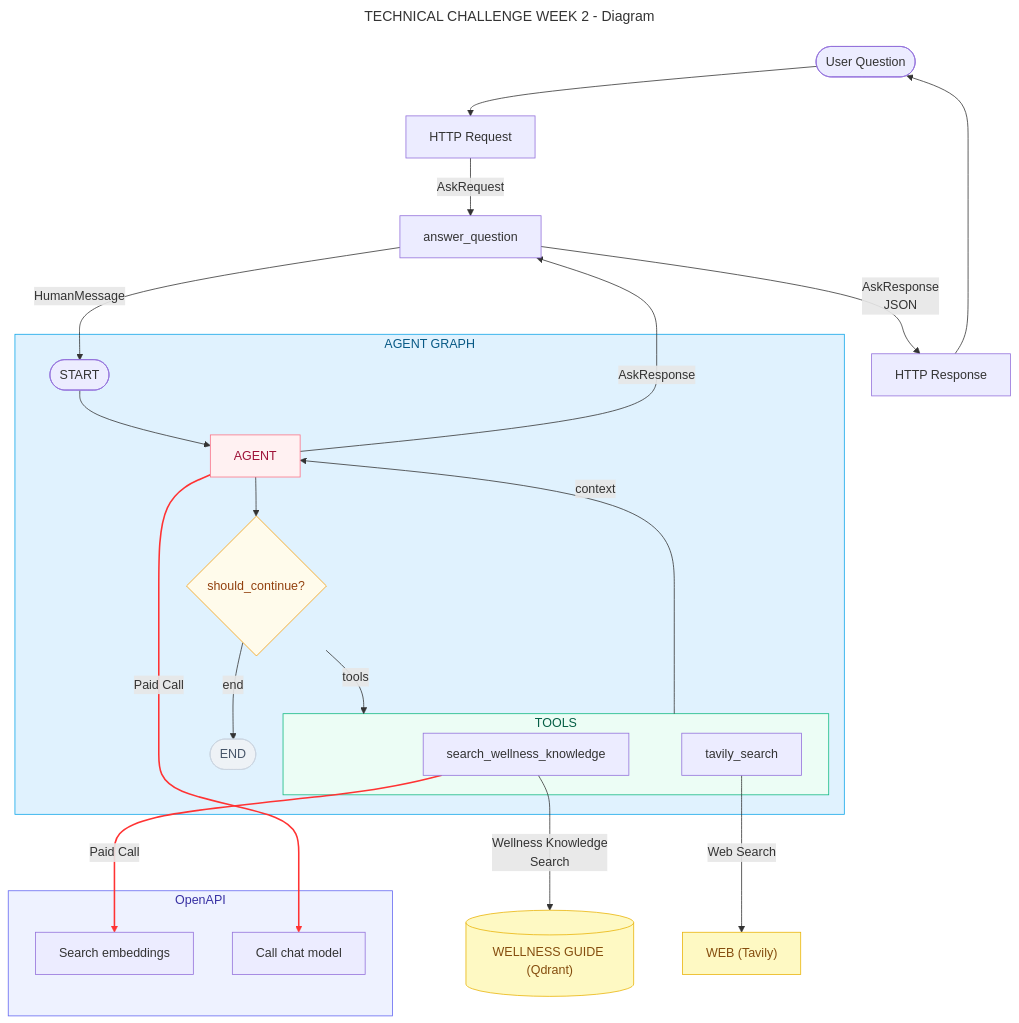
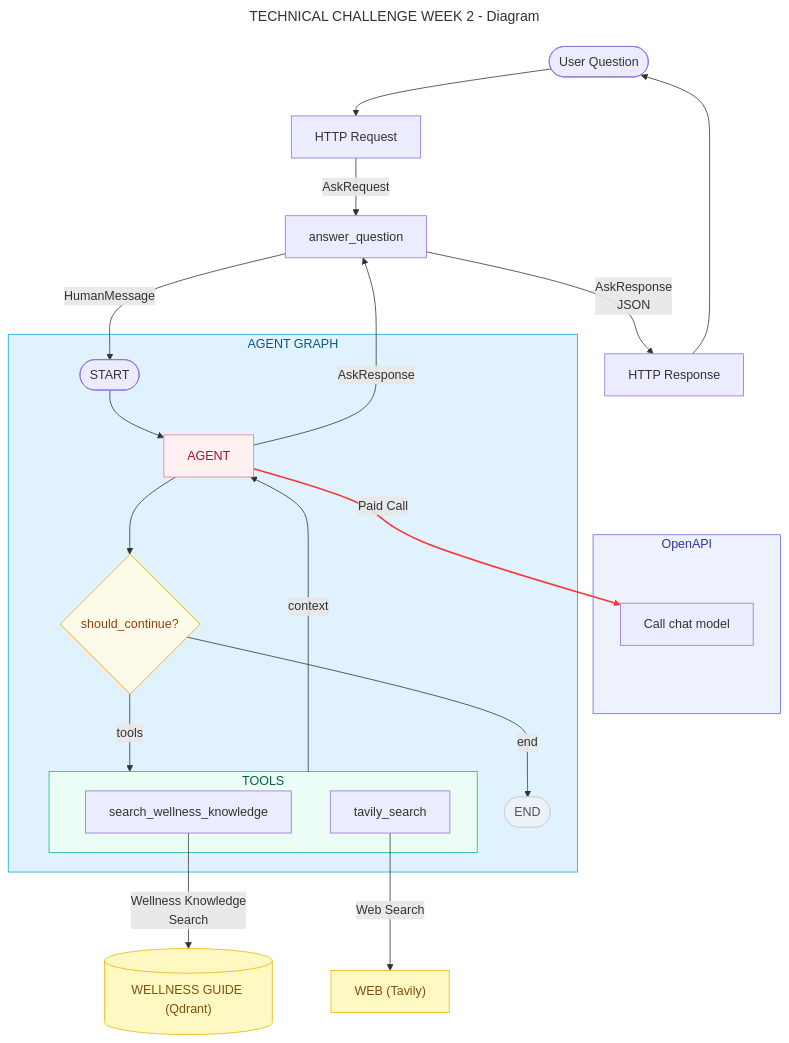
Before and after one commit to marlowejasonlandicho/AIE11: the diagram in 00_Technical_Challenges/Week 2/DIAGRAM-MERMAID.md, drawn with Mermaid. The commit also changed 4 other files, not shown here.

Commit message:
Week 2 Technical Challenge - Updates to diagram and DECISIONS.md

````diff
--- a/00_Technical_Challenges/Week 2/DIAGRAM-MERMAID.md
+++ b/00_Technical_Challenges/Week 2/DIAGRAM-MERMAID.md
@@ -1,58 +1,55 @@
 ```mermaid
 ---
 title: TECHNICAL CHALLENGE WEEK 2 - Diagram
 ---
 
 flowchart TB
     user([User Question]) --> http_request["HTTP Request"]
     http_request -- "AskRequest" --> answer_question["answer_question"]
     answer_question -- "HumanMessage" --> start
 
     subgraph AGENT_GRAPH["AGENT GRAPH"]
         start([START]) --> agent["AGENT"]
         agent --> decision{"should_continue?"}
         decision -- "tools" --> TOOLS
         decision -- "end" --> END([END])
         TOOLS -- "context" --> agent
     end
 
     subgraph OPENAPI["OpenAPI"]
-        EMBEDDINGS_LLM["Search embeddings"]
         LLM["Call chat model"]
     end
 
     subgraph TOOLS["TOOLS"]
         search_wellness_knowledge["search_wellness_knowledge"]
         tavily_search["tavily_search"]
     end
 
     search_wellness_knowledge -- "Wellness Knowledge <br>Search" --> guide[("WELLNESS GUIDE (Qdrant)")]
     tavily_search -- "Web Search" --> web["WEB (Tavily)"]
 
     agent -- "Paid Call" --> LLM
-    search_wellness_knowledge -- "Paid Call" --> EMBEDDINGS_LLM
 
     agent -- "AskResponse" --> answer_question
     answer_question -- "AskResponse <br>JSON" --> http_response["HTTP Response"]
     http_response["HTTP Response"] --> user
 
     linkStyle 10 stroke:#ff3333,stroke-width:2px;
-    linkStyle 11 stroke:#ff3333,stroke-width:2px;
+    %% linkStyle 11 stroke:#ff3333,stroke-width:2px;
 
     classDef terminal fill:#eef2f6,stroke:#cbd5e1,color:#475569
     classDef agentNode fill:#fff1f2,stroke:#fb7185,color:#9f1239
     classDef decisionNode fill:#fffbeb,stroke:#f59e0b,color:#92400e
     classDef toolNode fill:#ecfdf5,stroke:#10b981,color:#065f46
     classDef source fill:#fef9c3,stroke:#eab308,color:#854d0e
     classDef alphaStyle fill:#e0f2fe,stroke:#0ea5e9,color:#075985
     classDef openapi fill:#eef2ff,stroke:#6366f1,color:#3730a3
 
     class AGENT_GRAPH alphaStyle
     class OPENAPI openapi
     class END terminal
     class agent agentNode
     class decision decisionNode
     class tools,TOOLS toolNode
     class guide,web source
-
 ```
````
